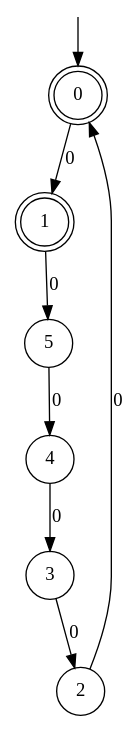
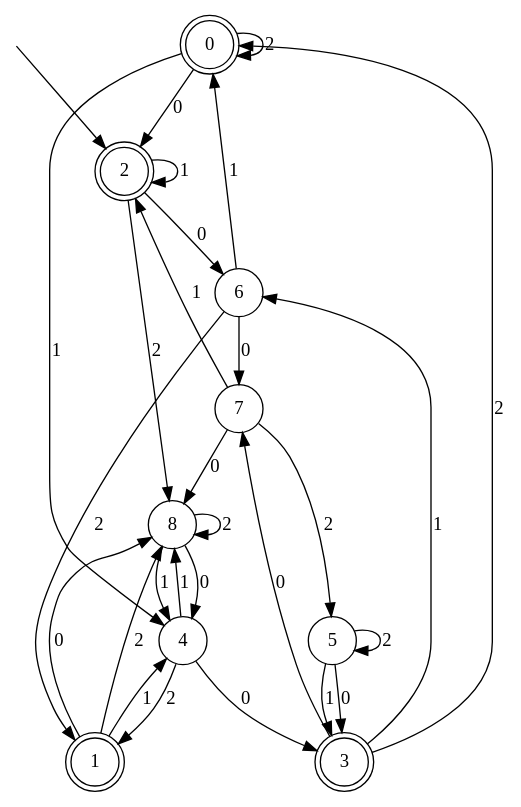
One commit to rasofema/learnlib changed the diagram in algorithms/incremental/ikv/incremental.dot. Above: the diagram before and after it, drawn with Graphviz. The commit also changed 19 other files, not shown here.

```diff
--- a/algorithms/incremental/ikv/incremental.dot
+++ b/algorithms/incremental/ikv/incremental.dot
@@ -1,19 +1,43 @@
 digraph g {
 
 	s0 [shape="doublecircle" label="0"];
 	s1 [shape="doublecircle" label="1"];
-	s2 [shape="circle" label="2"];
-	s3 [shape="circle" label="3"];
+	s2 [shape="doublecircle" label="2"];
+	s3 [shape="doublecircle" label="3"];
 	s4 [shape="circle" label="4"];
 	s5 [shape="circle" label="5"];
-	s0 -> s1 [label="0"];
-	s1 -> s5 [label="0"];
-	s2 -> s0 [label="0"];
-	s3 -> s2 [label="0"];
+	s6 [shape="circle" label="6"];
+	s7 [shape="circle" label="7"];
+	s8 [shape="circle" label="8"];
+	s0 -> s2 [label="0"];
+	s0 -> s4 [label="1"];
+	s0 -> s0 [label="2"];
+	s1 -> s8 [label="0"];
+	s1 -> s4 [label="1"];
+	s1 -> s8 [label="2"];
+	s2 -> s6 [label="0"];
+	s2 -> s2 [label="1"];
+	s2 -> s8 [label="2"];
+	s3 -> s7 [label="0"];
+	s3 -> s6 [label="1"];
+	s3 -> s0 [label="2"];
 	s4 -> s3 [label="0"];
-	s5 -> s4 [label="0"];
+	s4 -> s8 [label="1"];
+	s4 -> s1 [label="2"];
+	s5 -> s3 [label="0"];
+	s5 -> s3 [label="1"];
+	s5 -> s5 [label="2"];
+	s6 -> s7 [label="0"];
+	s6 -> s0 [label="1"];
+	s6 -> s1 [label="2"];
+	s7 -> s8 [label="0"];
+	s7 -> s2 [label="1"];
+	s7 -> s5 [label="2"];
+	s8 -> s4 [label="0"];
+	s8 -> s4 [label="1"];
+	s8 -> s8 [label="2"];
 
 __start0 [label="" shape="none" width="0" height="0"];
-__start0 -> s0;
+__start0 -> s2;
 
 }
```
